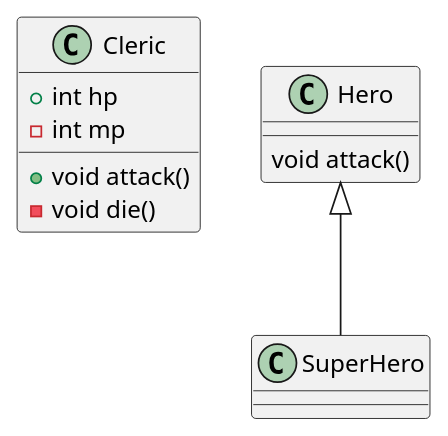
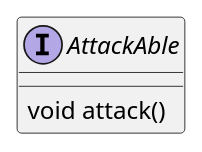
Before and after one commit to jiinaa/sesac7_dart_study: the diagram in lib/game.puml, drawn with PlantUML. The commit also changed 7 other files, not shown here.

```diff
--- a/lib/game.puml
+++ b/lib/game.puml
@@ -1,19 +1,7 @@
 @startuml name
 
-class Cleric{
-    + int hp
-    - int mp
-
-    + void attack()
-    - void die()
-}
-
-class Hero{
+interface AttackAble{
     void attack()
 }
 
-class SuperHero extends Hero{
-    
-}
-
 @enduml
```
